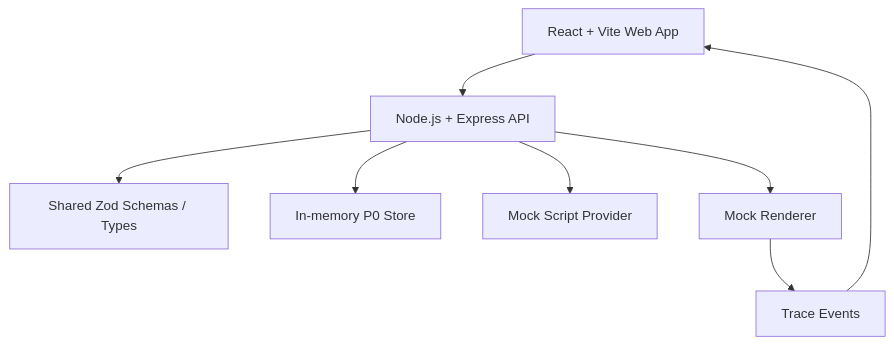
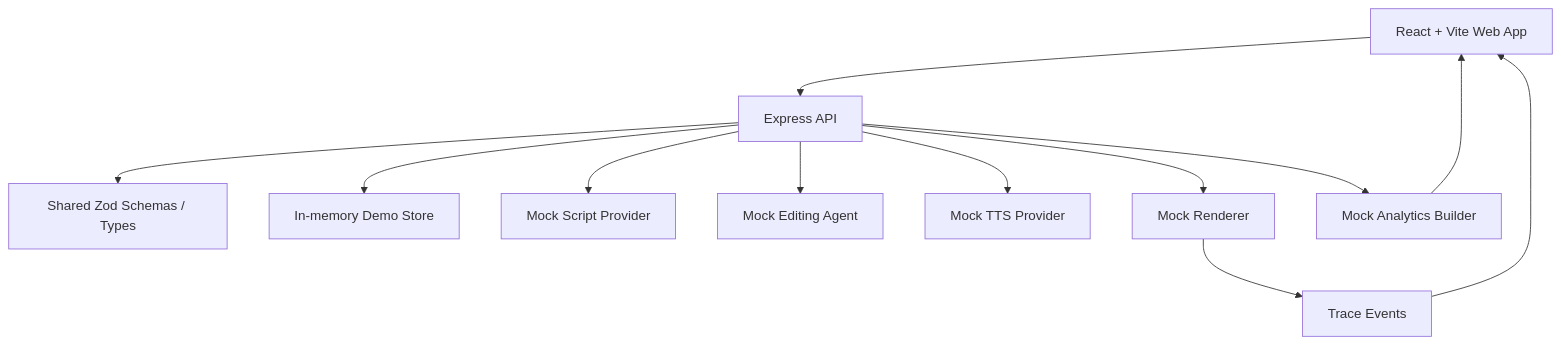
Before and after one commit to Jankin-Chen123/shopclip-ai: the diagram in README.md, drawn with Mermaid. The commit also changed other lines of this file and 56 other files, not shown here.

````diff
--- a/README.md
+++ b/README.md
@@ -28,10 +118,14 @@
 ```mermaid
 flowchart TD
-  Browser["React + Vite Web App"] --> API["Node.js + Express API"]
+  Web["React + Vite Web App"] --> API["Express API"]
   API --> Contracts["Shared Zod Schemas / Types"]
-  API --> Store["In-memory P0 Store"]
+  API --> Store["In-memory Demo Store"]
   API --> Script["Mock Script Provider"]
+  API --> Agent["Mock Editing Agent"]
+  API --> TTS["Mock TTS Provider"]
   API --> Renderer["Mock Renderer"]
+  API --> Dashboard["Mock Analytics Builder"]
   Renderer --> Trace["Trace Events"]
-  Trace --> Browser
+  Trace --> Web
+  Dashboard --> Web
 ```
````
